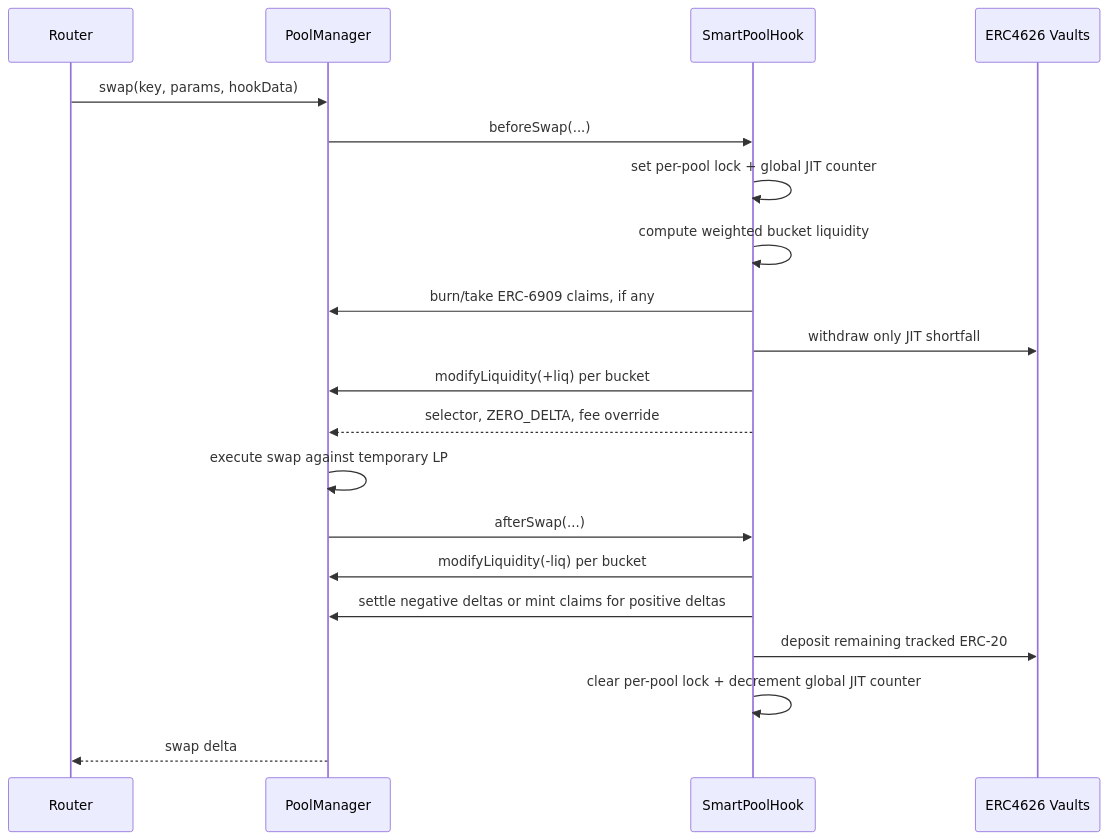
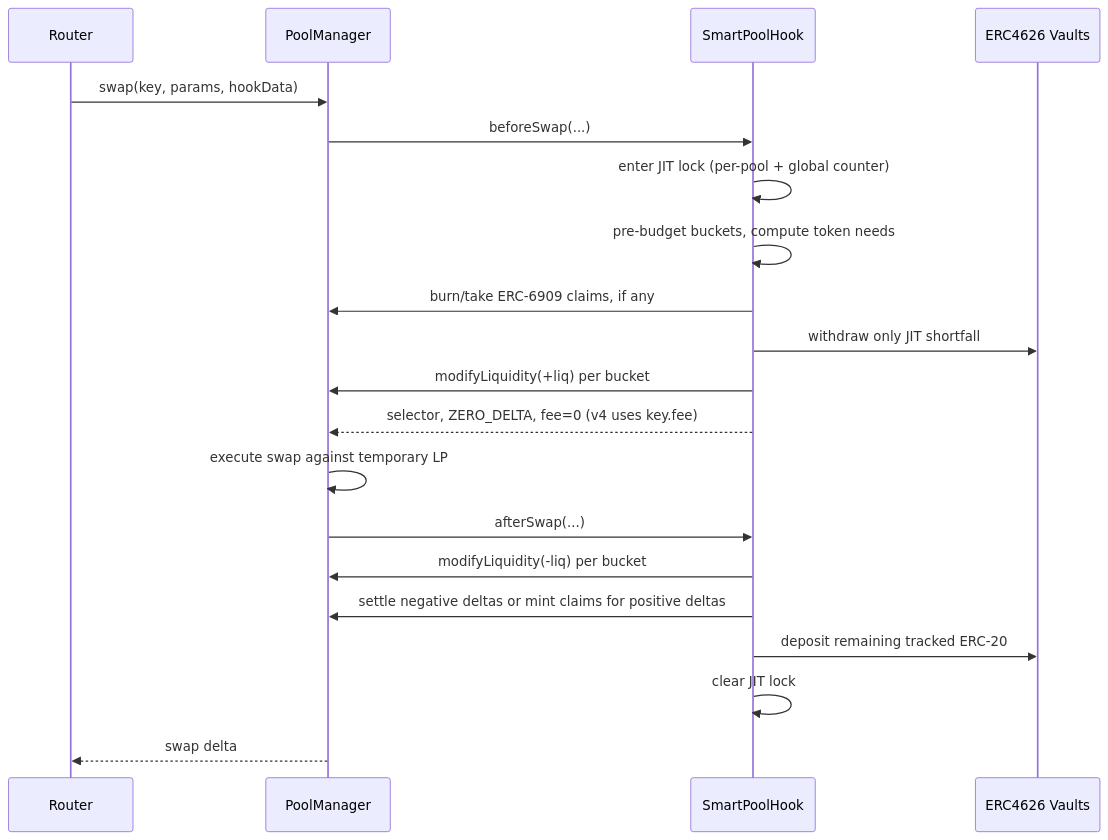
One commit to Uniswap/v4-hooks-public changed the diagram in docs/technical/SmartPoolHook.md. Above: the diagram before and after it, drawn with Mermaid. The commit also changed other lines of this file, not shown here.

Commit message:
docs(alf): update SmartPoolHook technical doc

````diff
--- a/docs/technical/SmartPoolHook.md
+++ b/docs/technical/SmartPoolHook.md
@@ -281,23 +313,23 @@
 ```mermaid
 sequenceDiagram
     participant Router
     participant PM as PoolManager
     participant Hook as SmartPoolHook
     participant Vault as ERC4626 Vaults
 
     Router->>PM: swap(key, params, hookData)
     PM->>Hook: beforeSwap(...)
-    Hook->>Hook: set per-pool lock + global JIT counter
-    Hook->>Hook: compute weighted bucket liquidity
+    Hook->>Hook: enter JIT lock (per-pool + global counter)
+    Hook->>Hook: pre-budget buckets, compute token needs
     Hook->>PM: burn/take ERC-6909 claims, if any
     Hook->>Vault: withdraw only JIT shortfall
     Hook->>PM: modifyLiquidity(+liq) per bucket
-    Hook-->>PM: selector, ZERO_DELTA, fee override
+    Hook-->>PM: selector, ZERO_DELTA, fee=0 (v4 uses key.fee)
     PM->>PM: execute swap against temporary LP
     PM->>Hook: afterSwap(...)
     Hook->>PM: modifyLiquidity(-liq) per bucket
     Hook->>PM: settle negative deltas or mint claims for positive deltas
     Hook->>Vault: deposit remaining tracked ERC-20
-    Hook->>Hook: clear per-pool lock + decrement global JIT counter
+    Hook->>Hook: clear JIT lock
     PM-->>Router: swap delta
 ```
````
